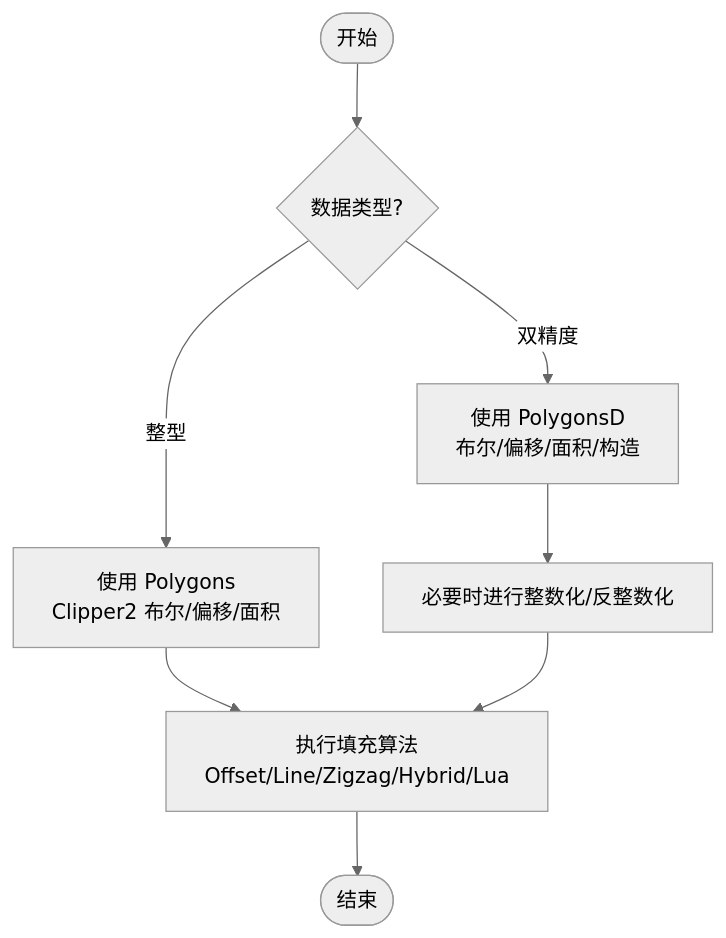
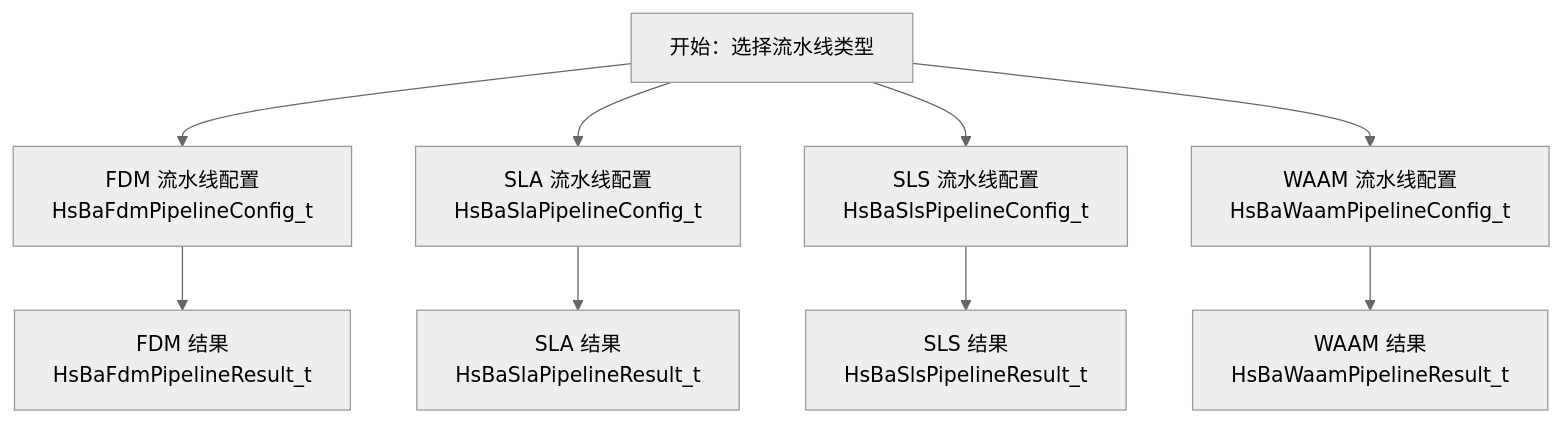
Before and after one commit to hsmbanlance/HsBaSlicer: the third of 8 diagrams in .qoder/repowiki/zh/content/核心概念/核心概念.md, drawn with Mermaid (neutral theme). The commit also changed other lines of this file and 1135 other files, not shown here.

````diff
--- a/.qoder/repowiki/zh/content/核心概念/核心概念.md
+++ b/.qoder/repowiki/zh/content/核心概念/核心概念.md
@@ -179,10 +176,11 @@
 ```mermaid
 flowchart TD
-Start(["开始"]) --> TypeCheck{"数据类型?"}
-TypeCheck --> |双精度| UseD["使用 PolygonsD<br/>布尔/偏移/面积/构造"]
-TypeCheck --> |整型| UseI["使用 Polygons<br/>Clipper2 布尔/偏移/面积"]
-UseD --> Convert["必要时进行整数化/反整数化"]
-UseI --> Fill["执行填充算法<br/>Offset/Line/Zigzag/Hybrid/Lua"]
-Convert --> Fill
-Fill --> End(["结束"])
+Start["开始：选择流水线类型"] --> FDM["FDM 流水线配置<br/>HsBaFdmPipelineConfig_t"]
+Start --> SLA["SLA 流水线配置<br/>HsBaSlaPipelineConfig_t"]
+Start --> SLS["SLS 流水线配置<br/>HsBaSlsPipelineConfig_t"]
+Start --> WAAM["WAAM 流水线配置<br/>HsBaWaamPipelineConfig_t"]
+FDM --> ResultFDM["FDM 结果<br/>HsBaFdmPipelineResult_t"]
+SLA --> ResultSLA["SLA 结果<br/>HsBaSlaPipelineResult_t"]
+SLS --> ResultSLS["SLS 结果<br/>HsBaSlsPipelineResult_t"]
+WAAM --> ResultWAAM["WAAM 结果<br/>HsBaWaamPipelineResult_t"]
 ```
````
